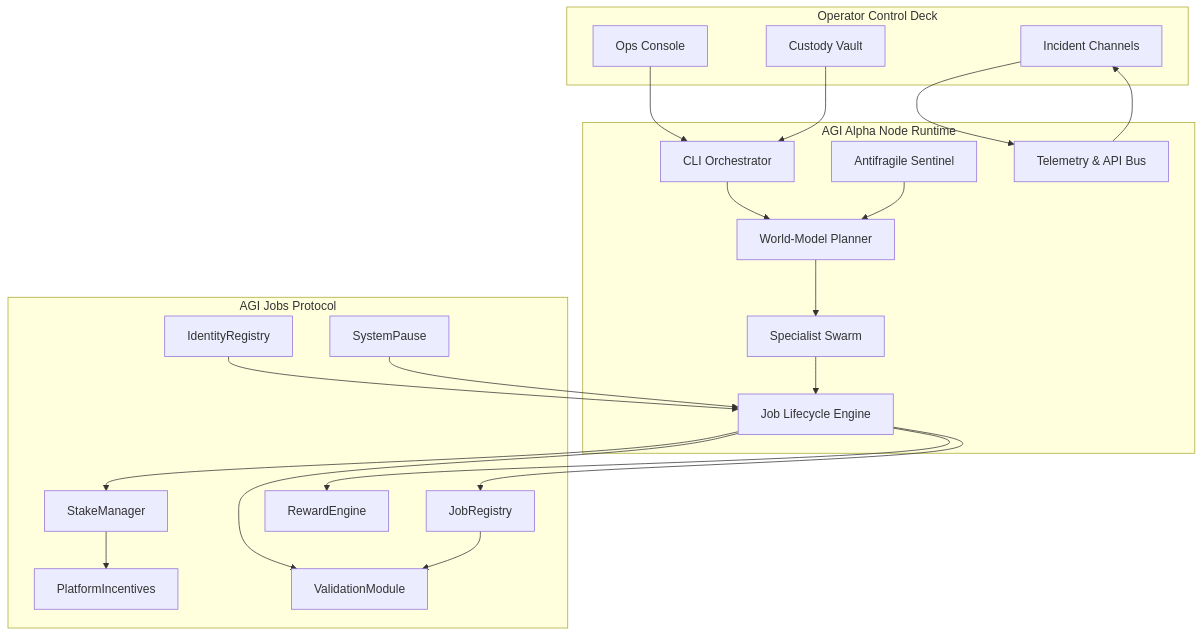
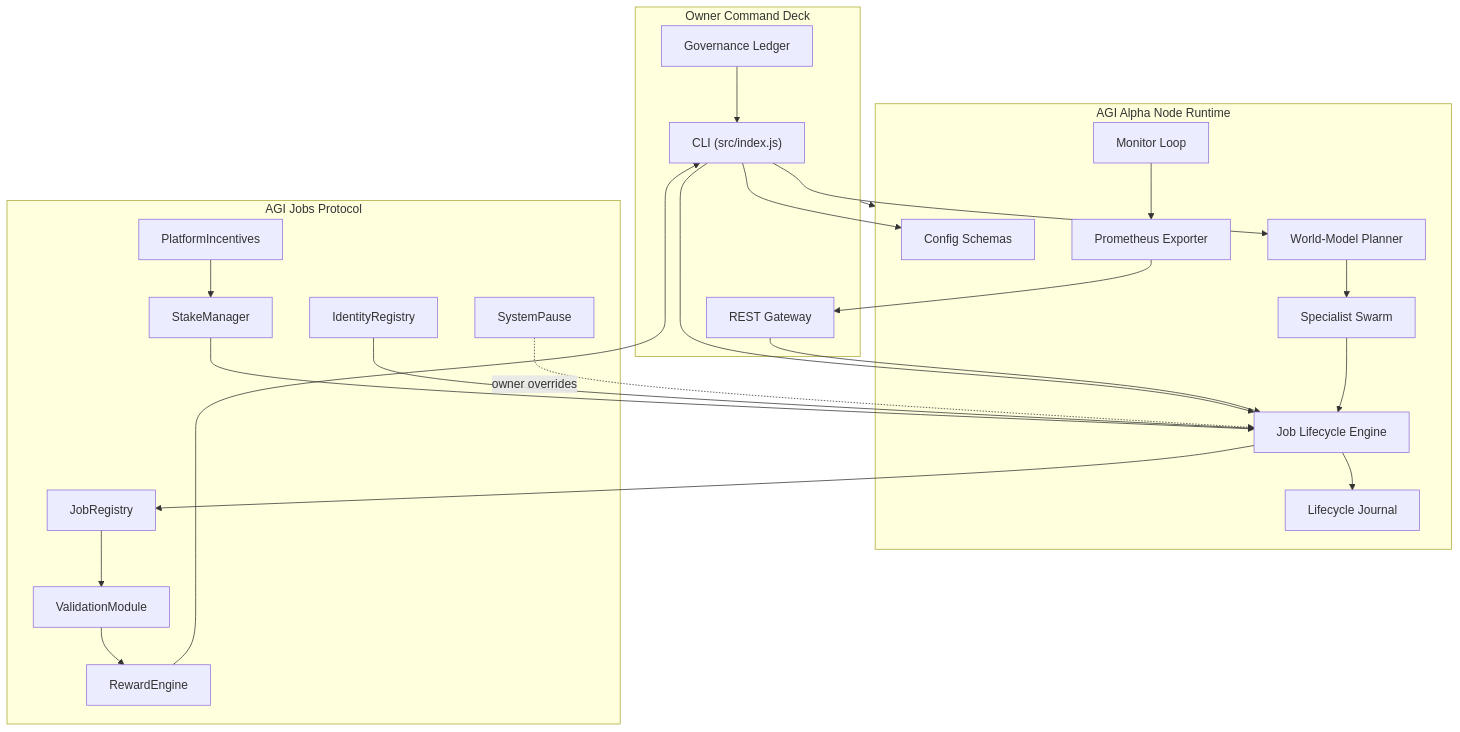
Before and after one commit to MontrealAI/AGI-Alpha-Node-v0: the first of 4 diagrams in README.md, drawn with Mermaid. The commit also changed other lines of this file, not shown here.

Commit message:
docs: refresh README for alpha node sprint

````diff
--- a/README.md
+++ b/README.md
@@ -72,44 +83,48 @@
 ```mermaid
 flowchart TD
-  subgraph OperatorDeck["Operator Control Deck"]
-    Console["Ops Console"]
-    Vault["Custody Vault"]
-    Alerts["Incident Channels"]
+  subgraph OwnerDeck["Owner Command Deck"]
+    CLI["CLI (src/index.js)"]
+    API["REST Gateway"]
+    Ledger["Governance Ledger"]
   end
 
   subgraph AlphaRuntime["AGI Alpha Node Runtime"]
-    CLI["CLI Orchestrator"]
+    Config["Config Schemas"]
     Planner["World-Model Planner"]
     Swarm["Specialist Swarm"]
-    Sentinel["Antifragile Sentinel"]
     Lifecycle["Job Lifecycle Engine"]
-    Telemetry["Telemetry & API Bus"]
+    Journal["Lifecycle Journal"]
+    Monitor["Monitor Loop"]
+    Telemetry["Prometheus Exporter"]
   end
 
   subgraph ProtocolSurface["AGI Jobs Protocol"]
     Identity["IdentityRegistry"]
     StakeMgr["StakeManager"]
     Incentives["PlatformIncentives"]
     JobRegistry["JobRegistry"]
     Validation["ValidationModule"]
     Rewards["RewardEngine"]
     Pause["SystemPause"]
   end
 
-  Console --> CLI
-  Vault --> CLI
-  Alerts --> Telemetry
+  OwnerDeck --> AlphaRuntime
+  CLI --> Config
   CLI --> Planner
+  CLI --> Lifecycle
+  API --> Lifecycle
   Planner --> Swarm
   Swarm --> Lifecycle
-  Sentinel --> Planner
+  Lifecycle --> Journal
   Lifecycle --> JobRegistry
-  Lifecycle --> Rewards
-  Lifecycle --> Validation
-  Lifecycle --> StakeMgr
-  StakeMgr --> Incentives
   JobRegistry --> Validation
+  Validation --> Rewards
+  StakeMgr --> Lifecycle
+  Incentives --> StakeMgr
+  Rewards --> CLI
+  Monitor --> Telemetry
+  Telemetry --> API
   Identity --> Lifecycle
-  Pause --> Lifecycle
-  Telemetry --> Alerts
+  Pause -. owner overrides .-> Lifecycle
+  Ledger --> CLI
 ```
````
